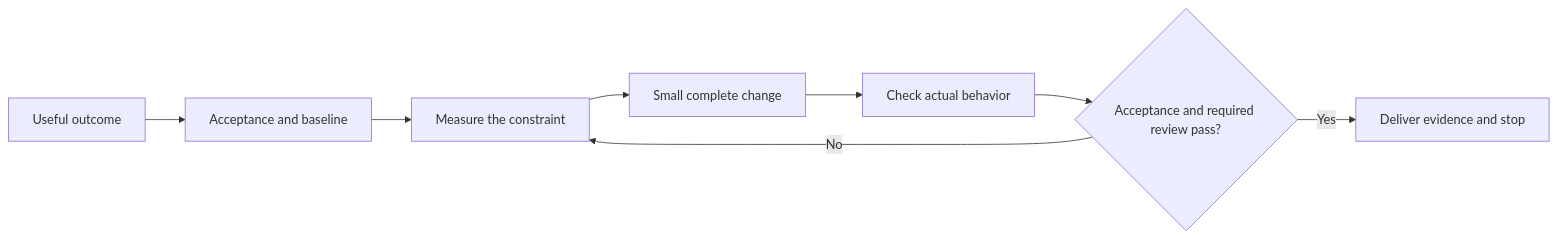
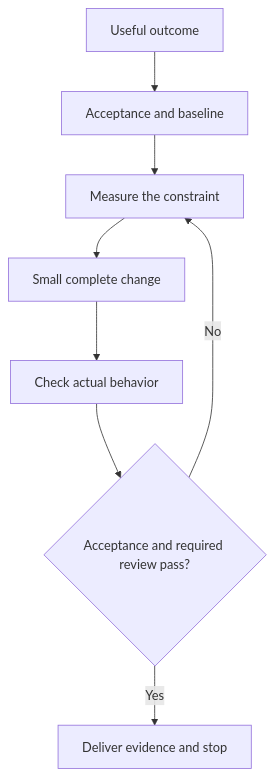
One commit to Supersynergy/AI-Best-Practices changed the diagram in README.md. Above: the diagram before and after it, drawn with Mermaid.

Commit message:
Keep the delivery diagram readable in narrow browser panels

````diff
--- a/README.md
+++ b/README.md
@@ -31,10 +31,10 @@
 ```mermaid
-flowchart LR
+flowchart TD
     A[Useful outcome] --> B[Acceptance and baseline]
     B --> C[Measure the constraint]
     C --> D[Small complete change]
     D --> E[Check actual behavior]
     E --> F{Acceptance and required review pass?}
     F -->|Yes| G[Deliver evidence and stop]
     F -->|No| C
 ```
````
